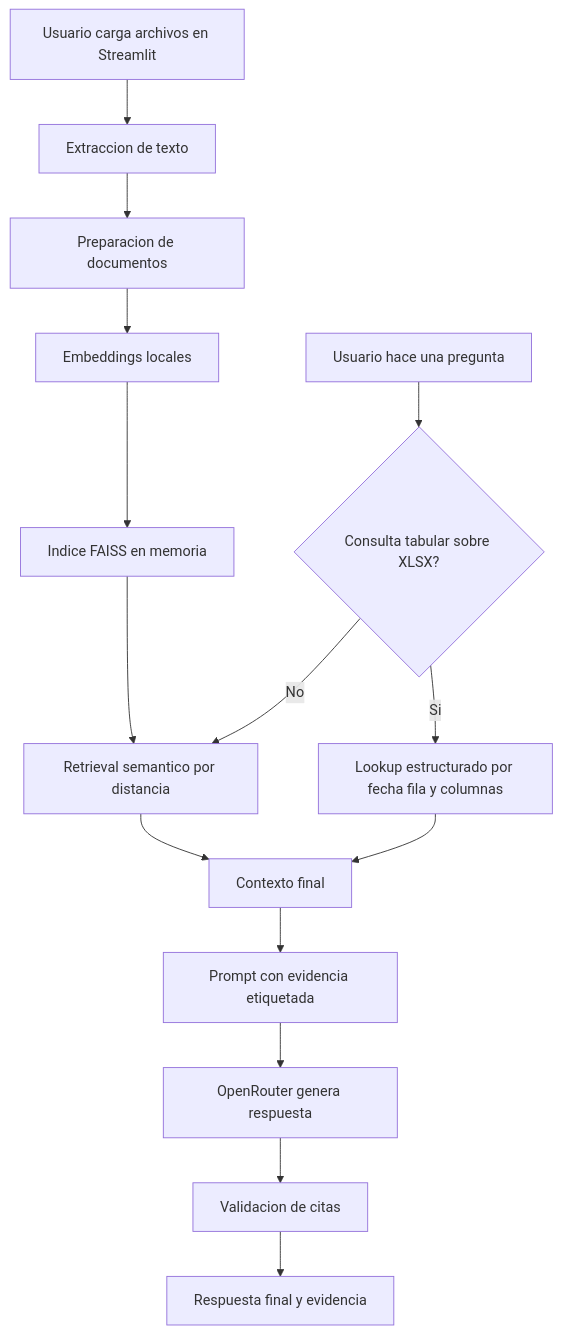
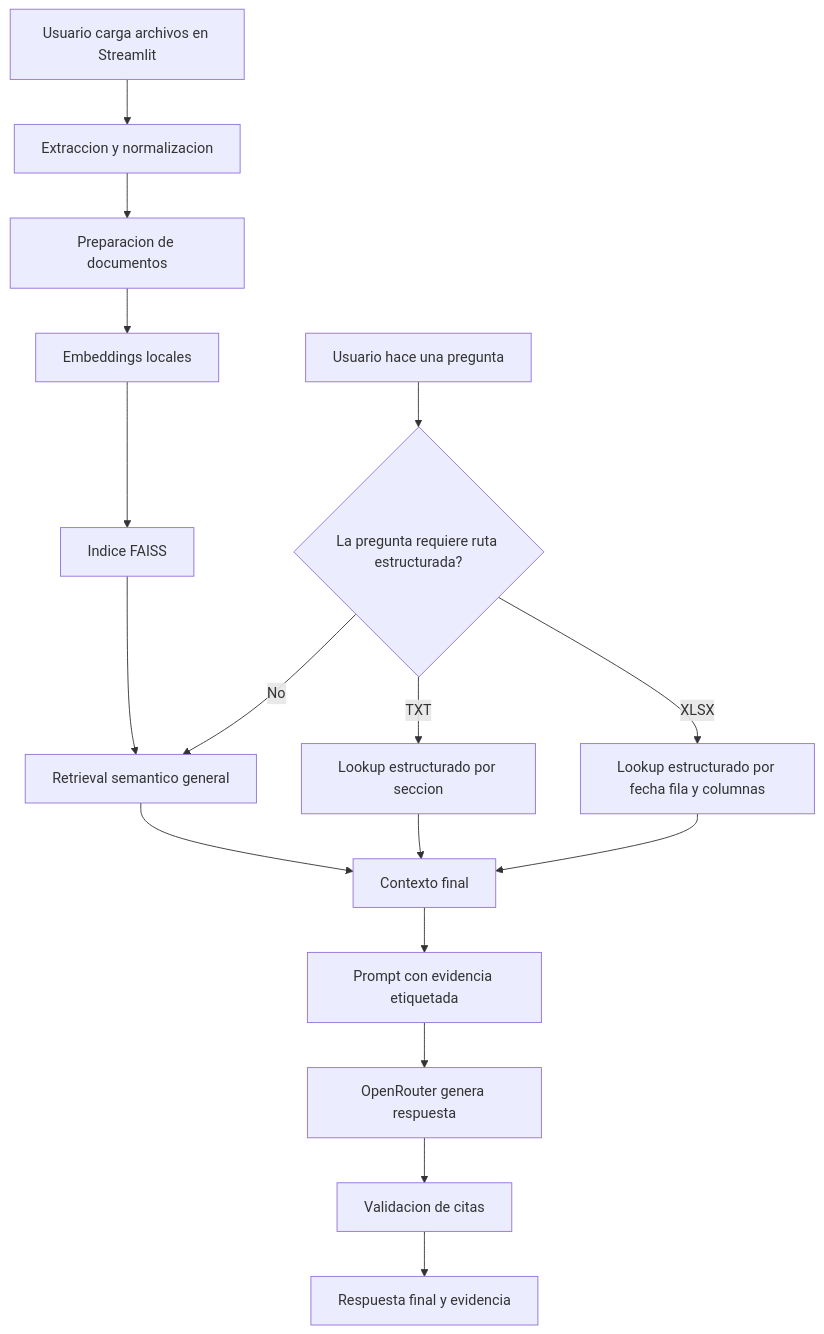
One commit to MauPos04/RAG_BIOS changed the first of 4 diagrams in README2.md. Above: the diagram before and after it, drawn with Mermaid. The commit also changed other lines of this file and 3 other files, not shown here.

````diff
--- a/README2.md
+++ b/README2.md
@@ -15,17 +15,19 @@
 ```mermaid
 flowchart TD
-    A[Usuario carga archivos en Streamlit] --> B[Extraccion de texto]
+    A[Usuario carga archivos en Streamlit] --> B[Extraccion y normalizacion]
     B --> C[Preparacion de documentos]
     C --> D[Embeddings locales]
-    D --> E[Indice FAISS en memoria]
-    F[Usuario hace una pregunta] --> G{Consulta tabular sobre XLSX?}
-    E --> H[Retrieval semantico por distancia]
-    G -- Si --> I[Lookup estructurado por fecha fila y columnas]
+    D --> E[Indice FAISS]
+    F[Usuario hace una pregunta] --> G{La pregunta requiere ruta estructurada?}
+    E --> H[Retrieval semantico general]
+    G -- XLSX --> I[Lookup estructurado por fecha fila y columnas]
+    G -- TXT --> J[Lookup estructurado por seccion]
     G -- No --> H
-    I --> J[Contexto final]
-    H --> J
-    J --> K[Prompt con evidencia etiquetada]
-    K --> L[OpenRouter genera respuesta]
-    L --> M[Validacion de citas]
-    M --> N[Respuesta final y evidencia]
+    I --> K[Contexto final]
+    J --> K
+    H --> K
+    K --> L[Prompt con evidencia etiquetada]
+    L --> M[OpenRouter genera respuesta]
+    M --> N[Validacion de citas]
+    N --> O[Respuesta final y evidencia]
 ```
````
